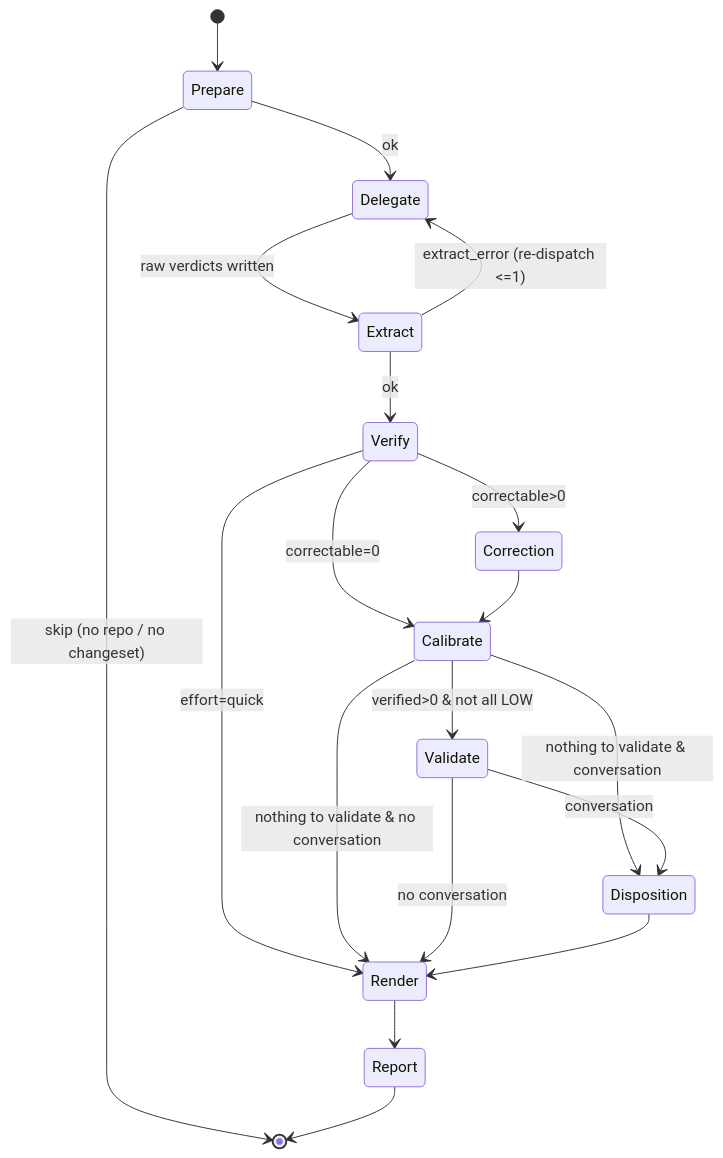
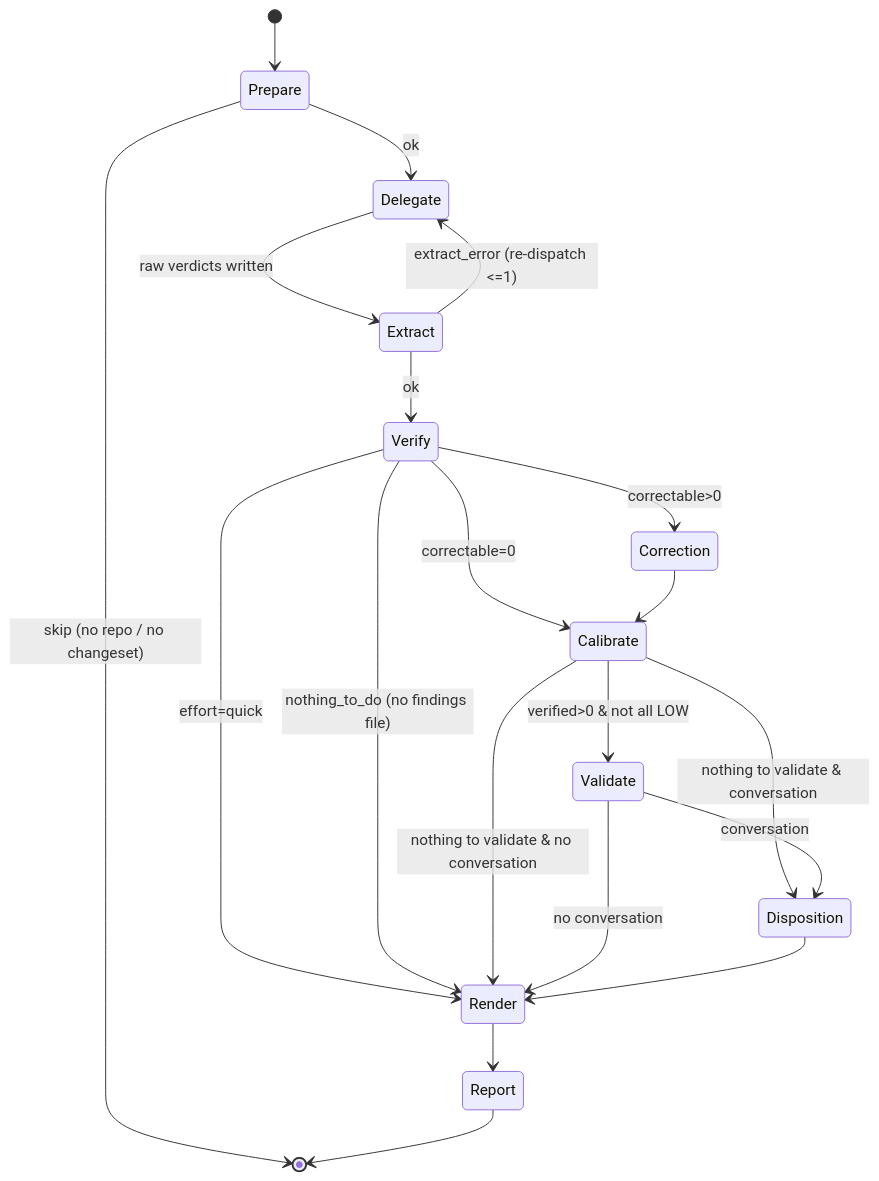
One commit to lolables/lola-mod-review-council changed the diagram in module/skills/review-council/SKILL.md. Above: the diagram before and after it, drawn with Mermaid. The commit also changed other lines of this file and 46 other files, not shown here.

````diff
--- a/module/skills/review-council/SKILL.md
+++ b/module/skills/review-council/SKILL.md
@@ -131,21 +145,22 @@
 ```mermaid
 stateDiagram-v2
     [*] --> Prepare
     Prepare --> Delegate: ok
     Prepare --> [*]: skip (no repo / no changeset)
     Delegate --> Extract: raw verdicts written
     Extract --> Delegate: extract_error (re-dispatch <=1)
     Extract --> Verify: ok
     Verify --> Render: effort=quick
+    Verify --> Render: nothing_to_do (no findings file)
     Verify --> Correction: correctable>0
     Verify --> Calibrate: correctable=0
     Correction --> Calibrate
     Calibrate --> Validate: verified>0 & not all LOW
     Calibrate --> Render: nothing to validate & no conversation
     Calibrate --> Disposition: nothing to validate & conversation
     Validate --> Render: no conversation
     Validate --> Disposition: conversation
     Disposition --> Render
     Render --> Report
     Report --> [*]
 ```
````
